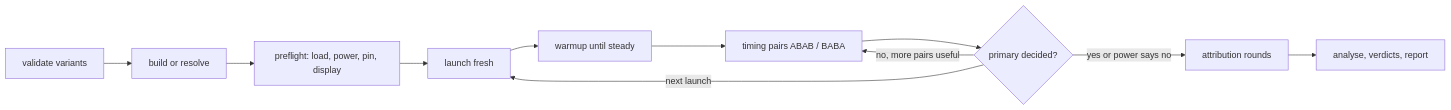
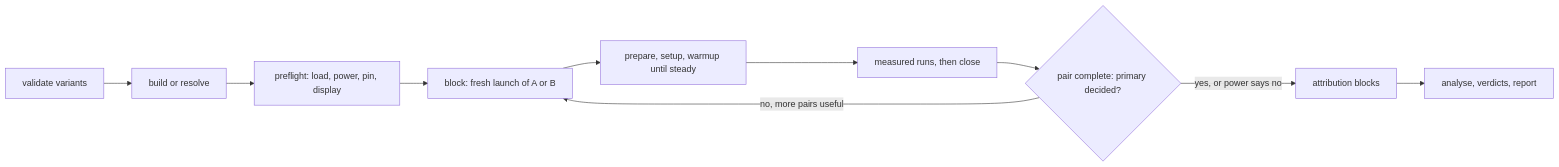
One commit to Hona/strobe changed the first of 3 diagrams in SPEC.md. Above: the diagram before and after it, drawn with Mermaid. The commit also changed other lines of this file and 2 other files, not shown here.

Commit message:
docs: bench files, blocks of fresh launches, pure-Rust dependencies

````diff
--- a/SPEC.md
+++ b/SPEC.md
@@ -480,13 +495,12 @@
 ```mermaid
 flowchart LR
   V[validate variants] --> B[build or resolve]
   B --> P[preflight: load, power, pin, display]
-  P --> L[launch fresh]
-  L --> W[warmup until steady]
-  W --> M[timing pairs ABAB / BABA]
-  M --> S{primary decided?}
-  S -- no, more pairs useful --> M
-  S -- next launch --> L
-  S -- yes or power says no --> A[attribution rounds]
+  P --> K[block: fresh launch of A or B]
+  K --> W[prepare, setup, warmup until steady]
+  W --> M[measured runs, then close]
+  M --> S{pair complete: primary decided?}
+  S -- no, more pairs useful --> K
+  S -- yes, or power says no --> A[attribution blocks]
   A --> R[analyse, verdicts, report]
 ```
````
